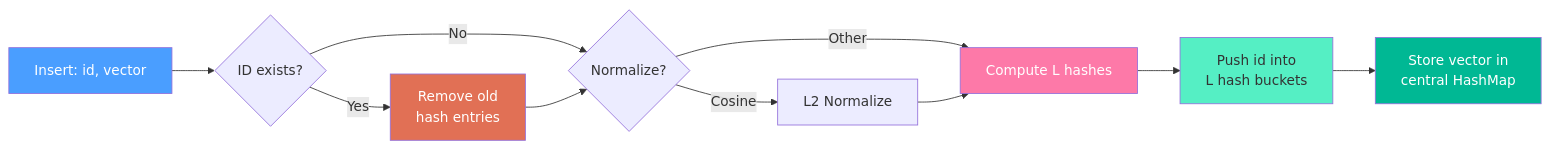
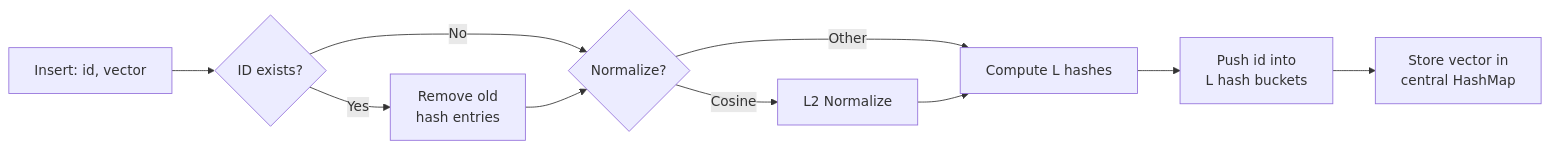
Before and after one commit to kunalsinghdadhwal/superbit: the third of 3 diagrams in README.md, drawn with Mermaid. The commit also changed other lines of this file, not shown here.

Commit message:
docs: remove fill styles from Mermaid diagrams

````diff
--- a/README.md
+++ b/README.md
@@ -111,19 +97,13 @@
 ```mermaid
 flowchart LR
     I[Insert: id, vector] --> DUP{ID exists?}
     DUP -->|Yes| REM[Remove old<br/>hash entries]
     DUP -->|No| NORM
     REM --> NORM{Normalize?}
     NORM -->|Cosine| DO_NORM[L2 Normalize]
     NORM -->|Other| STORE
     DO_NORM --> STORE
 
     STORE[Compute L hashes] --> BUCK[Push id into<br/>L hash buckets]
     BUCK --> VEC[Store vector in<br/>central HashMap]
-
-    style I fill:#4a9eff,color:#fff
-    style REM fill:#e17055,color:#fff
-    style STORE fill:#fd79a8,color:#fff
-    style BUCK fill:#55efc4,color:#333
-    style VEC fill:#00b894,color:#fff
 ```
````
